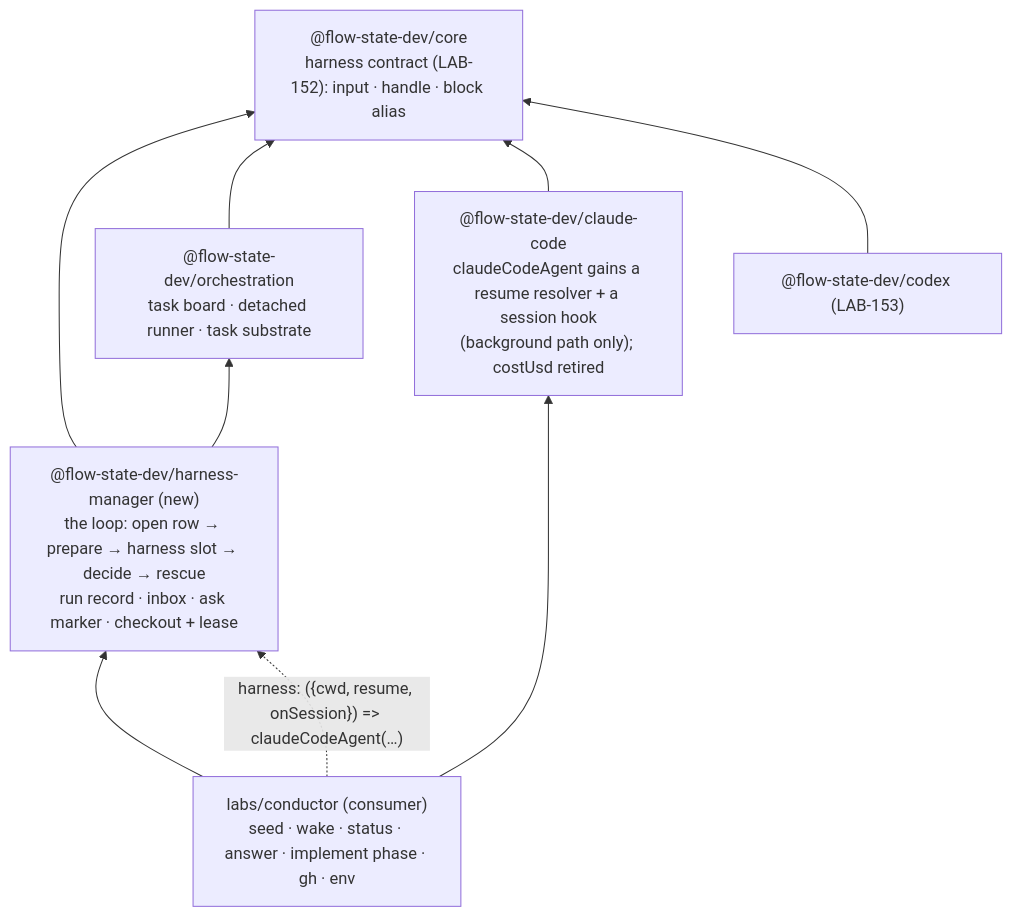
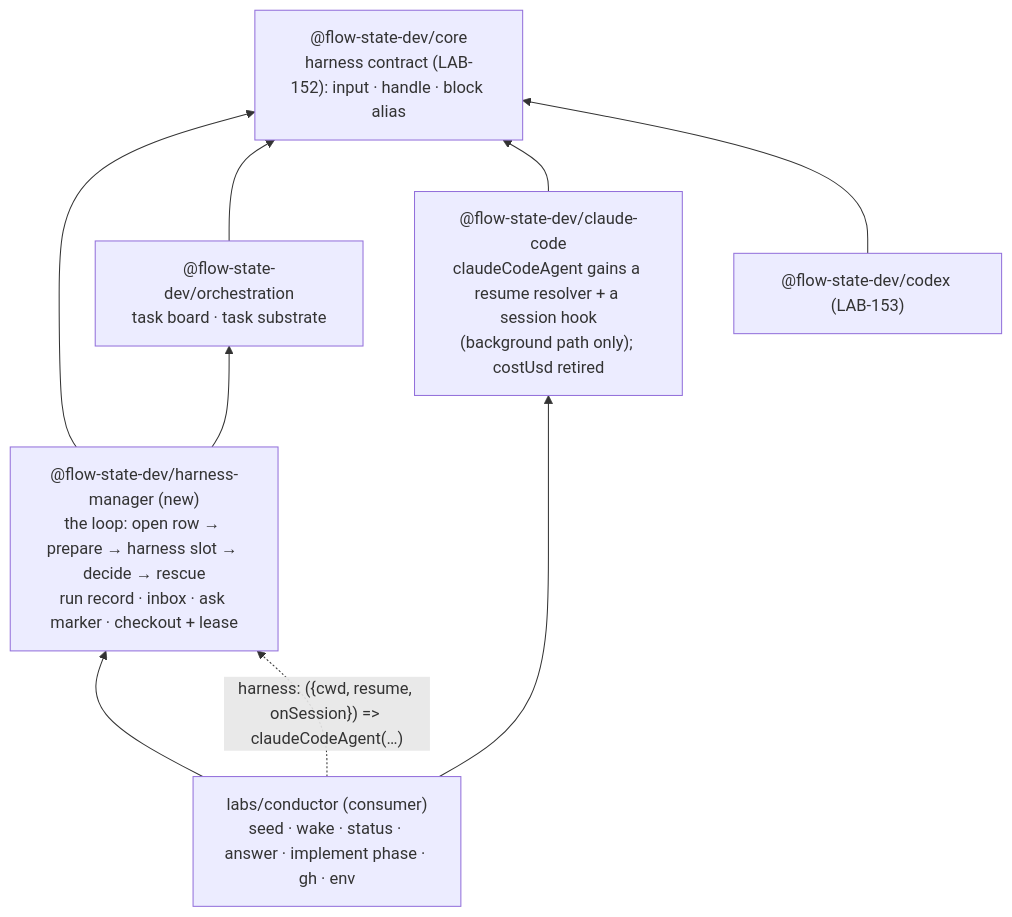
One commit to fixpoint-labs/flow-state-dev changed the diagram in spec/LAB-154.md. Above: the diagram before and after it, drawn with Mermaid. The commit also changed other lines of this file, not shown here.

````diff
--- a/spec/LAB-154.md
+++ b/spec/LAB-154.md
@@ -245,17 +243,17 @@
 ```mermaid
 flowchart BT
   CORE["@flow-state-dev/core<br/>harness contract (LAB-152): input · handle · block alias"]
-  ORCH["@flow-state-dev/orchestration<br/>task board · detached runner · task substrate"]
+  ORCH["@flow-state-dev/orchestration<br/>task board · task substrate"]
   HM["@flow-state-dev/harness-manager (new)<br/>the loop: open row → prepare → harness slot → decide → rescue<br/>run record · inbox · ask marker · checkout + lease"]
   CC["@flow-state-dev/claude-code<br/>claudeCodeAgent gains a resume resolver + a session hook<br/>(background path only); costUsd retired"]
   CX["@flow-state-dev/codex (LAB-153)"]
   LAB["labs/conductor (consumer)<br/>seed · wake · status · answer · implement phase · gh · env"]
   HM --> CORE
   HM --> ORCH
   ORCH --> CORE
   CC --> CORE
   CX --> CORE
   LAB --> HM
   LAB --> CC
   LAB -. "harness: ({cwd, resume, onSession}) => claudeCodeAgent(…)" .-> HM
 ```
````
